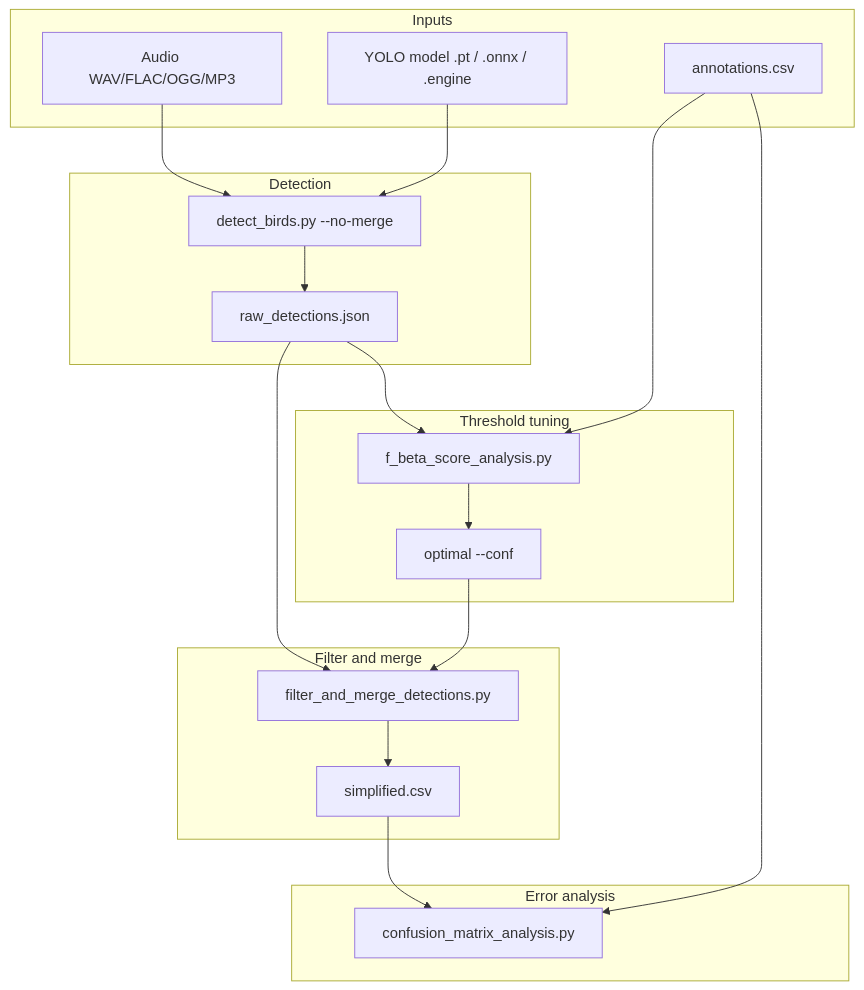
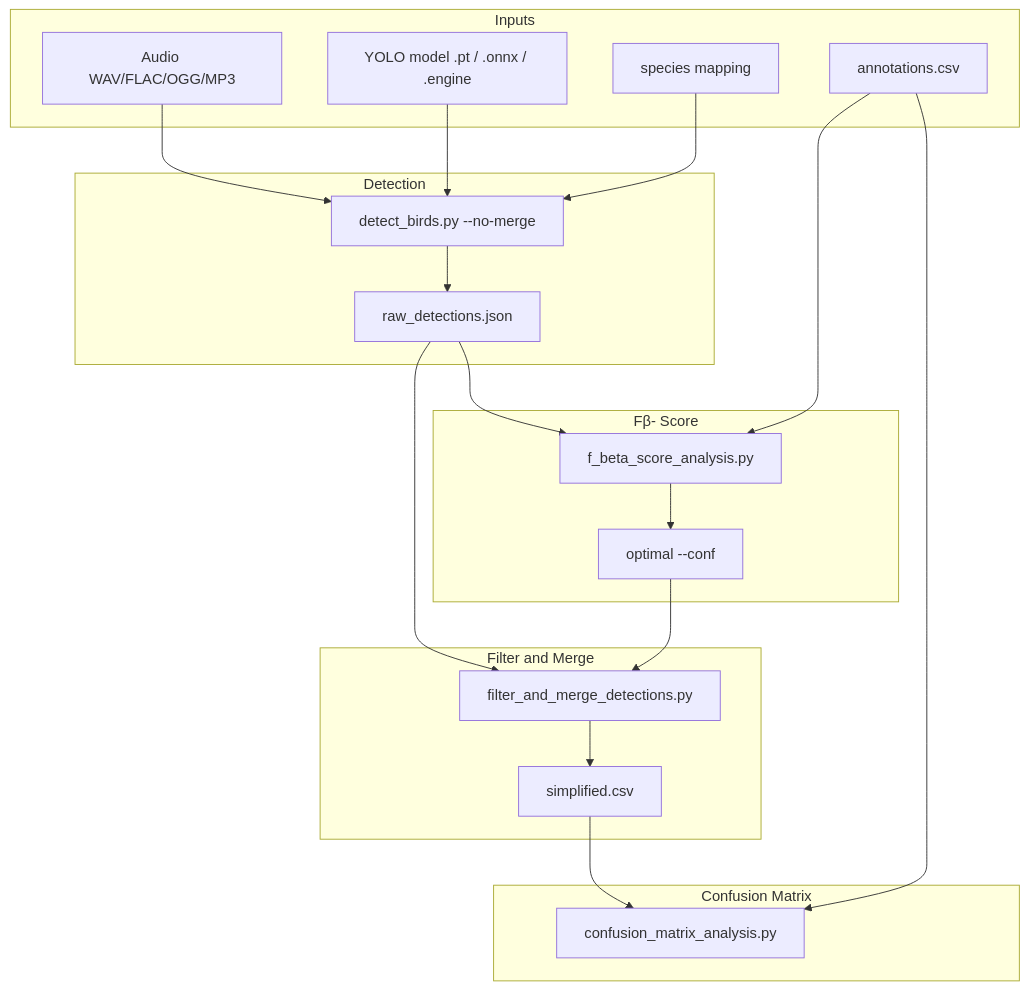
Before and after one commit to birdnet-team/BirdBox: the second of 2 diagrams in docs/data/overview.md, drawn with Mermaid. The commit also changed other lines of this file, not shown here.

````diff
--- a/docs/data/overview.md
+++ b/docs/data/overview.md
@@ -54,39 +47,41 @@
 ```mermaid
 flowchart TB
   subgraph inputs ["Inputs"]
     audio[Audio WAV/FLAC/OGG/MP3]
     model[YOLO model .pt / .onnx / .engine]
+    mapping[species mapping]
     labels[annotations.csv]
   end
 
   subgraph detection ["Detection"]
     detect[detect_birds.py --no-merge]
     rawJSON[raw_detections.json]
   end
 
-  subgraph tuning ["Threshold tuning"]
+  subgraph tuning ["Fβ- Score"]
     fbeta[f_beta_score_analysis.py]
     threshold[optimal --conf]
   end
 
-  subgraph merge ["Filter and merge"]
+  subgraph merge ["Filter and Merge"]
     filter[filter_and_merge_detections.py]
     outCSV[simplified.csv]
   end
 
-  subgraph metrics ["Error analysis"]
+  subgraph metrics ["Confusion Matrix"]
     cm[confusion_matrix_analysis.py]
   end
 
   audio --> detect
   model --> detect
+  mapping --> detect
   detect --> rawJSON
   rawJSON --> fbeta
   labels --> fbeta
   fbeta --> threshold
   rawJSON --> filter
   threshold --> filter
   filter --> outCSV
   outCSV --> cm
   labels --> cm
 ```
````
